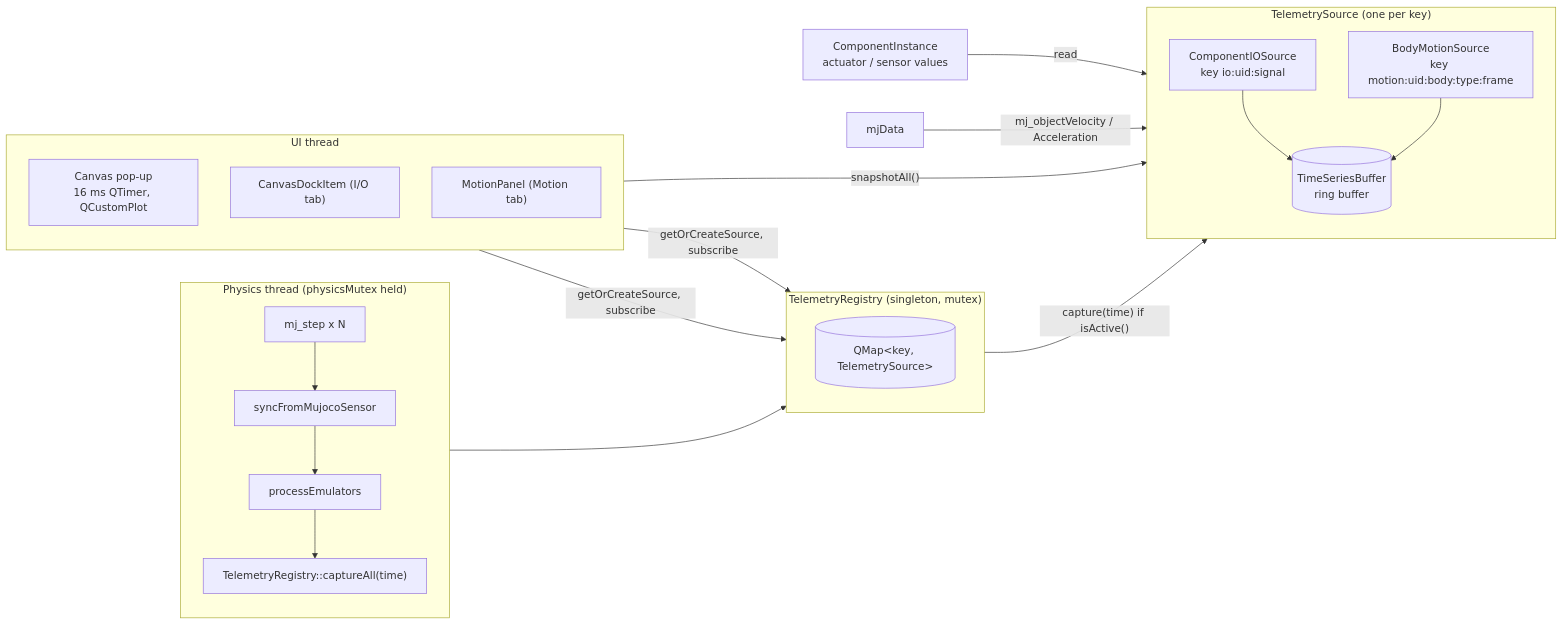
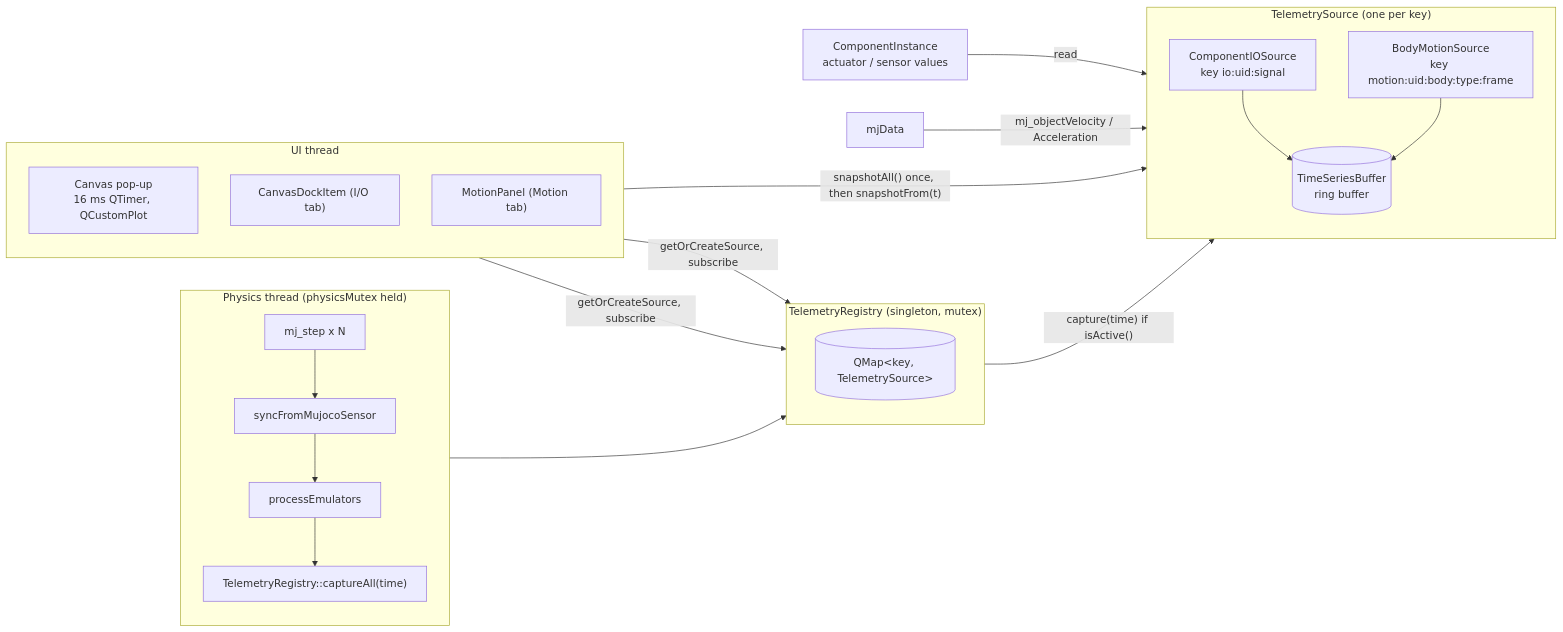
Before and after one commit to alfaiajanon/RoboticsStudio: the diagram in docs/telemetry.md, drawn with Mermaid. The commit also changed other lines of this file and 28 other files, not shown here.

````diff
--- a/docs/telemetry.md
+++ b/docs/telemetry.md
@@ -5,36 +5,36 @@
 ```mermaid
 flowchart LR
     subgraph PHY["Physics thread (physicsMutex held)"]
         direction TB
         STEP["mj_step x N"] --> SYNC["syncFromMujocoSensor"] --> EMU["processEmulators"] --> CAP["TelemetryRegistry::captureAll(time)"]
     end
 
     subgraph REG["TelemetryRegistry (singleton, mutex)"]
         direction TB
         MAP[("QMap&lt;key, TelemetrySource&gt;")]
     end
 
     subgraph SRC["TelemetrySource (one per key)"]
         direction TB
         IO["ComponentIOSource<br/>key io:uid:signal"]
         BM["BodyMotionSource<br/>key motion:uid:body:type:frame"]
         BUF[("TimeSeriesBuffer<br/>ring buffer")]
         IO --> BUF
         BM --> BUF
     end
 
     subgraph UI["UI thread"]
         direction TB
         CAN["Canvas pop-up<br/>16 ms QTimer, QCustomPlot"]
         DOCK["CanvasDockItem (I/O tab)"]
         MOT["MotionPanel (Motion tab)"]
     end
 
     CAP --> MAP
     MAP -->|"capture(time) if isActive()"| SRC
     COMP["ComponentInstance<br/>actuator / sensor values"] -->|"read"| IO
     MJ["mjData"] -->|"mj_objectVelocity / Acceleration"| BM
     DOCK -->|"getOrCreateSource, subscribe"| MAP
     MOT -->|"getOrCreateSource, subscribe"| MAP
-    CAN -->|"snapshotAll()"| BUF
+    CAN -->|"snapshotAll() once, then snapshotFrom(t)"| BUF
 ```
````
